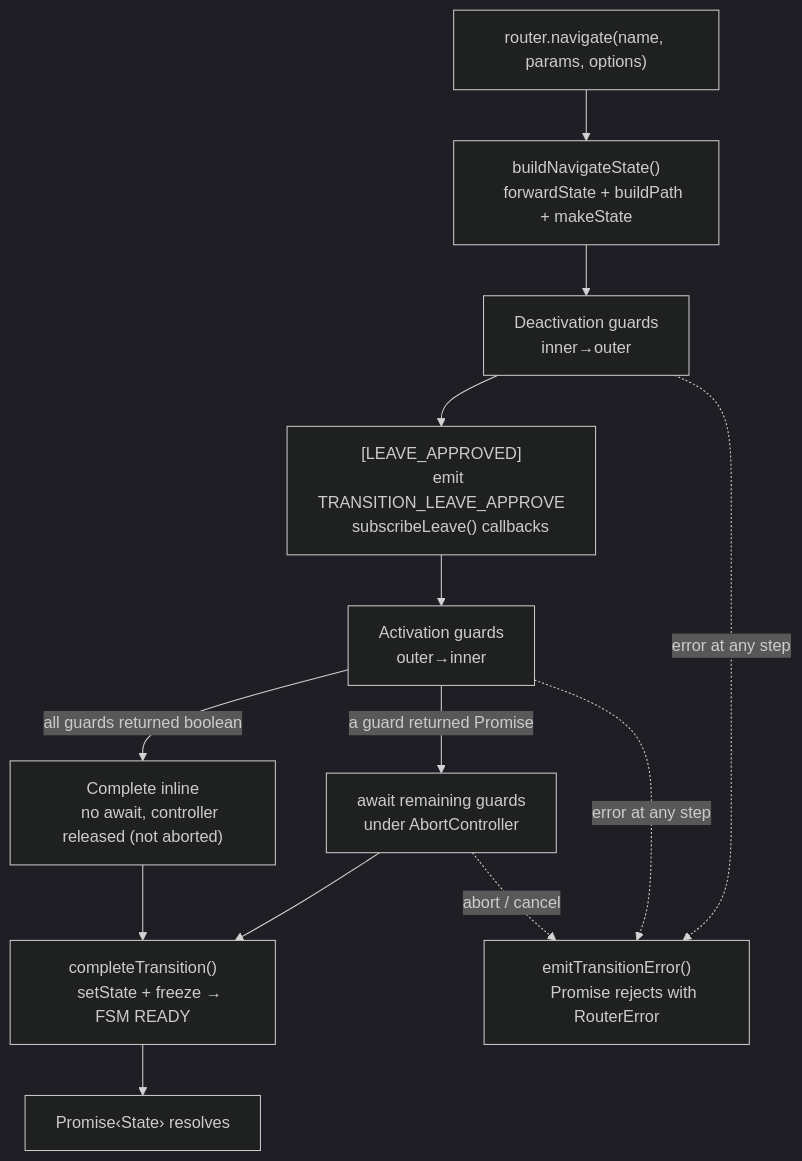
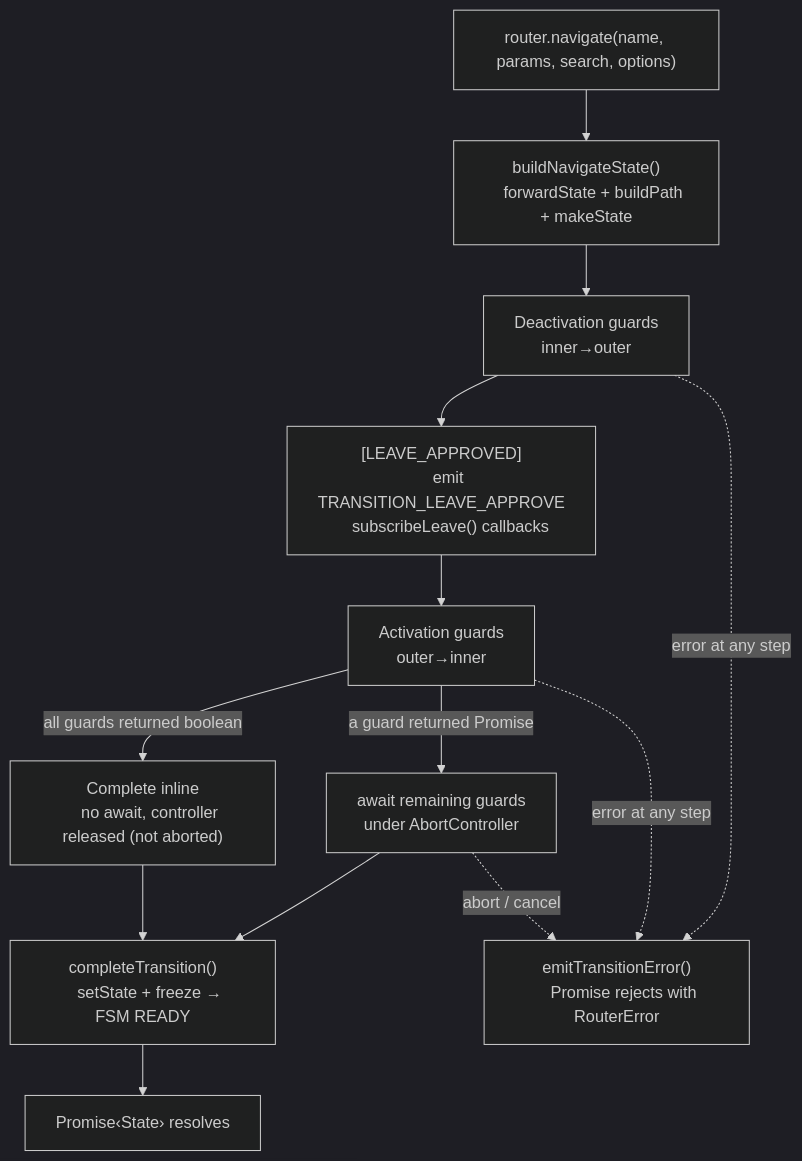
One commit to greydragon888/real-router changed the third of 3 diagrams in ARCHITECTURE.md. Above: the diagram before and after it, drawn with Mermaid (dark theme). The commit also changed other lines of this file and 5 other files, not shown here.

First line of the commit message:
docs(core): sync docs to RFC-4 M2 params/search split (#1548)

````diff
--- a/ARCHITECTURE.md
+++ b/ARCHITECTURE.md
@@ -291,35 +291,35 @@
 ```mermaid
 flowchart TD
-    NAV["router.navigate(name, params, options)"] --> BUILD
+    NAV["router.navigate(name, params, search, options)"] --> BUILD
     BUILD["buildNavigateState()
     forwardState + buildPath + makeState"] --> DEACTIVATE
     DEACTIVATE["Deactivation guards
     inner→outer"]
 
     DEACTIVATE --> LEAVE["[LEAVE_APPROVED]
     emit TRANSITION_LEAVE_APPROVE
     subscribeLeave() callbacks"]
 
     LEAVE --> ACTIVATE["Activation guards
     outer→inner"]
 
     ACTIVATE -->|all guards returned boolean| SYNC
     ACTIVATE -->|a guard returned Promise| ASYNC
 
     SYNC["Complete inline
     no await, controller released (not aborted)"]
     ASYNC["await remaining guards
     under AbortController"]
 
     SYNC --> COMPLETE
     ASYNC --> COMPLETE
 
     COMPLETE["completeTransition()
     setState + freeze → FSM READY"]
     COMPLETE --> RESOLVE["Promise‹State› resolves"]
 
     DEACTIVATE -.->|error at any step| ERR["emitTransitionError()
     Promise rejects with RouterError"]
     ACTIVATE -.->|error at any step| ERR
     ASYNC -.->|abort / cancel| ERR
 ```
````
